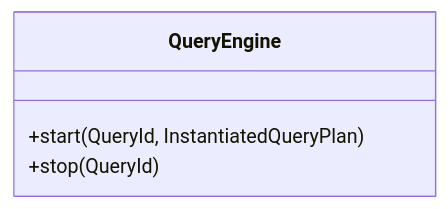
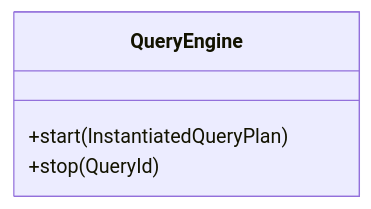
Before and after one commit to nebulastream/nebulastream: the fourth of 11 diagrams in docs/design/20240927_QueryManager.md, drawn with Mermaid. The commit also changed other lines of this file, not shown here.

Commit message:
chore(QueryManagerDD): replaced passive with active language constructs and did some minor cleanup

````diff
--- a/docs/design/20240927_QueryManager.md
+++ b/docs/design/20240927_QueryManager.md
@@ -290,7 +289,7 @@
 ```mermaid
 classDiagram
     class QueryEngine {
-        +start(QueryId, InstantiatedQueryPlan)
+        +start(InstantiatedQueryPlan)
         +stop(QueryId)
     }
 ```
````
